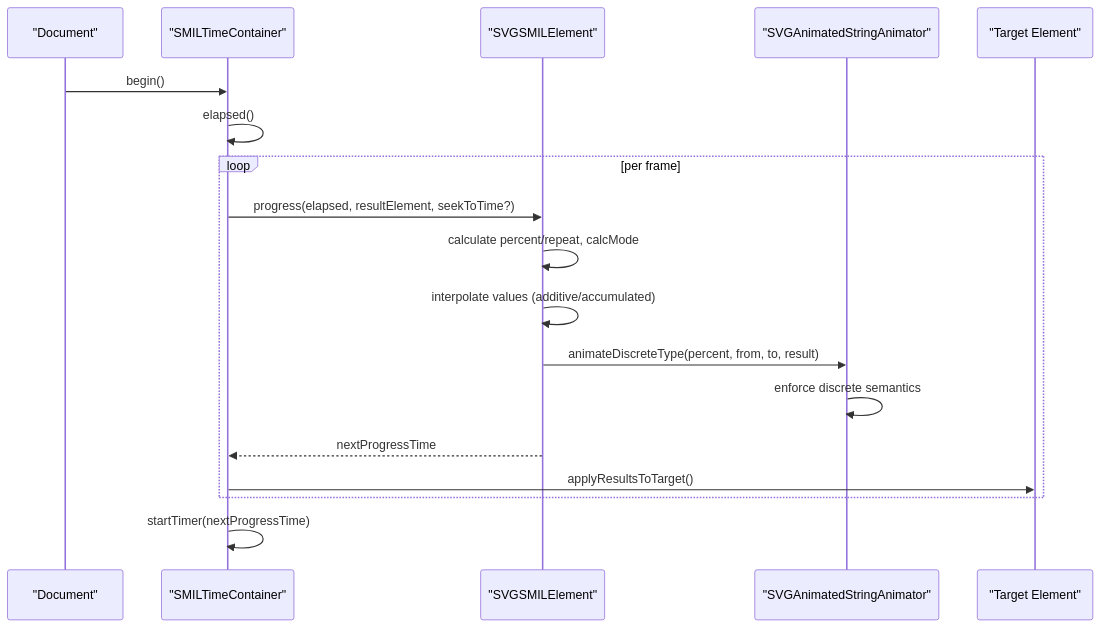
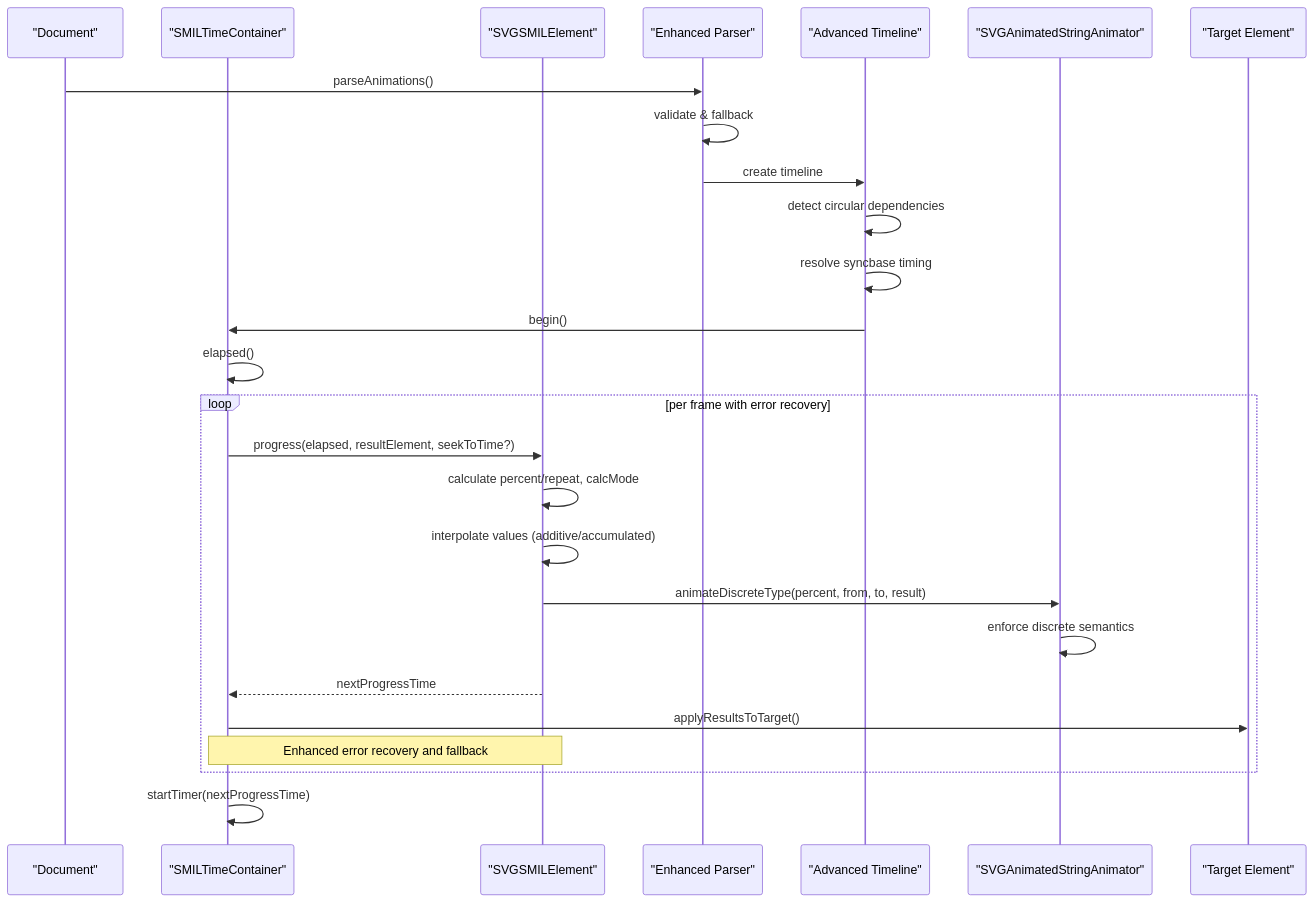
Before and after one commit to denisnadey/flutter_full_svg_support: the second of 11 diagrams in .qoder/repowiki/en/content/Animated SVG Support/SMIL Animation Specification/SMIL Animation Specification.md, drawn with Mermaid. The commit also changed other lines of this file and 20 other files, not shown here.

````diff
--- a/.qoder/repowiki/en/content/Animated SVG Support/SMIL Animation Specification/SMIL Animation Specification.md
+++ b/.qoder/repowiki/en/content/Animated SVG Support/SMIL Animation Specification/SMIL Animation Specification.md
@@ -139,20 +171,28 @@
 ```mermaid
 sequenceDiagram
 participant Doc as "Document"
 participant Container as "SMILTimeContainer"
 participant Element as "SVGSMILElement"
+participant Parser as "Enhanced Parser"
+participant Timeline as "Advanced Timeline"
 participant Animator as "SVGAnimatedStringAnimator"
 participant Target as "Target Element"
-Doc->>Container : begin()
+Doc->>Parser : parseAnimations()
+Parser->>Parser : validate & fallback
+Parser->>Timeline : create timeline
+Timeline->>Timeline : detect circular dependencies
+Timeline->>Timeline : resolve syncbase timing
+Timeline->>Container : begin()
 Container->>Container : elapsed()
-loop per frame
+loop per frame with error recovery
 Container->>Element : progress(elapsed, resultElement, seekToTime?)
 Element->>Element : calculate percent/repeat, calcMode
 Element->>Element : interpolate values (additive/accumulated)
 Element->>Animator : animateDiscreteType(percent, from, to, result)
 Animator->>Animator : enforce discrete semantics
 Element-->>Container : nextProgressTime
 Container->>Target : applyResultsToTarget()
+Note over Container,Element : Enhanced error recovery and fallback
 end
 Container->>Container : startTimer(nextProgressTime)
 ```
````
